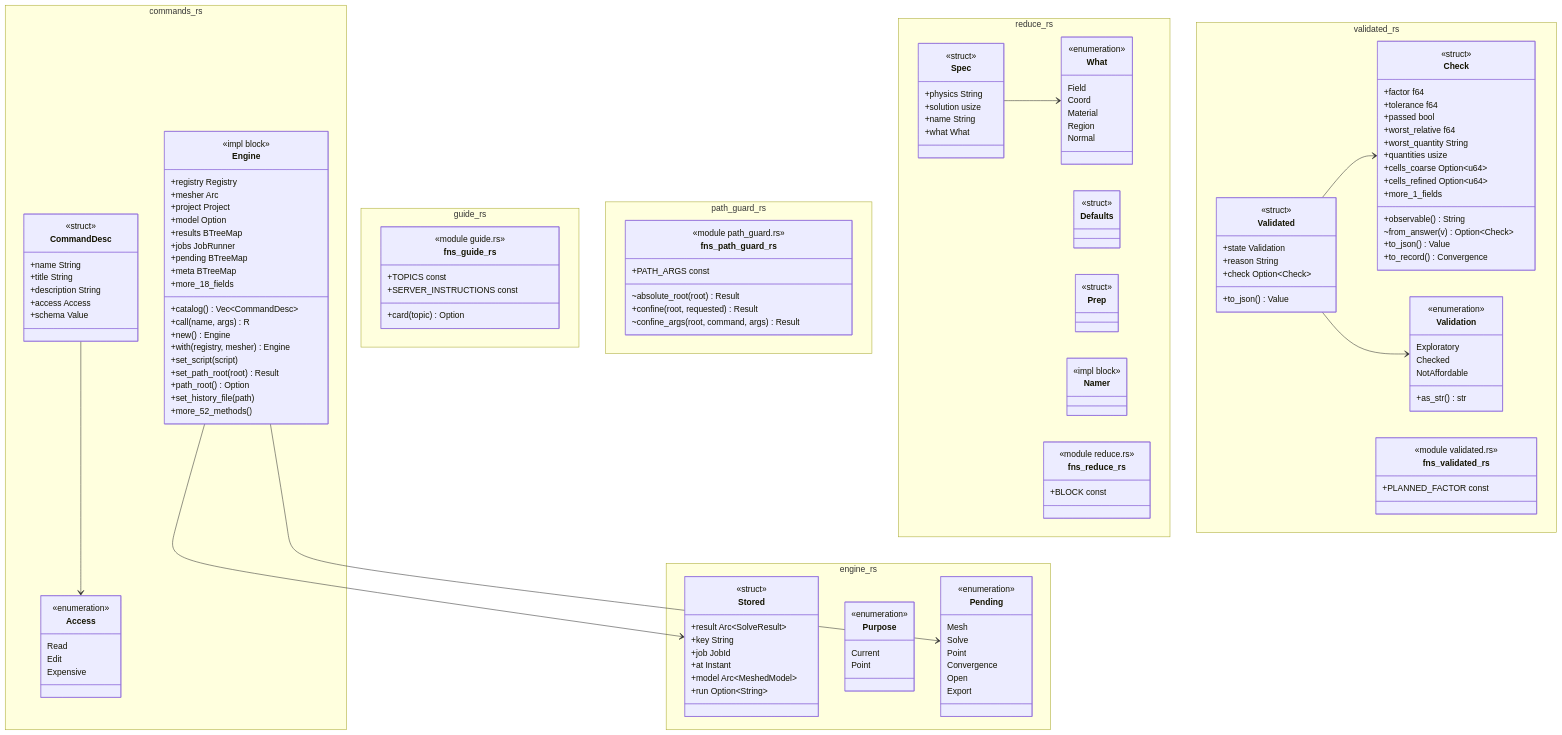
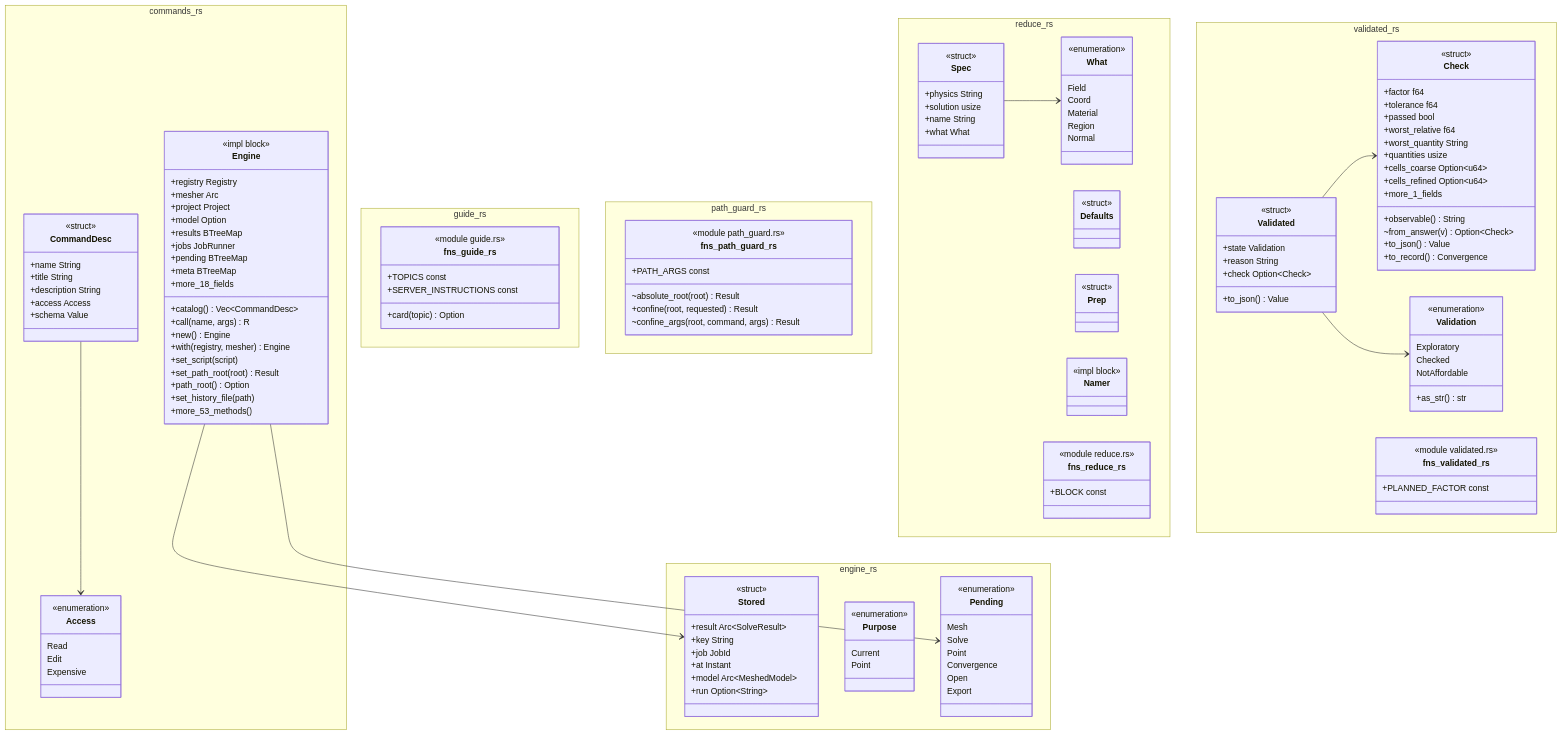
Before and after one commit to p-j-r/nyx: the diagram in docs/architecture/c4/4-code/engine/commands.md, drawn with Mermaid. The commit also changed other lines of this file and 93 other files, not shown here.

```diff
--- a/docs/architecture/c4/4-code/engine/commands.md
+++ b/docs/architecture/c4/4-code/engine/commands.md
@@ -94,7 +95,7 @@
         +set_path_root(root) Result
         +path_root() Option
         +set_history_file(path)
-        +more_52_methods()
+        +more_53_methods()
     }
   }
   namespace engine_rs {
```
